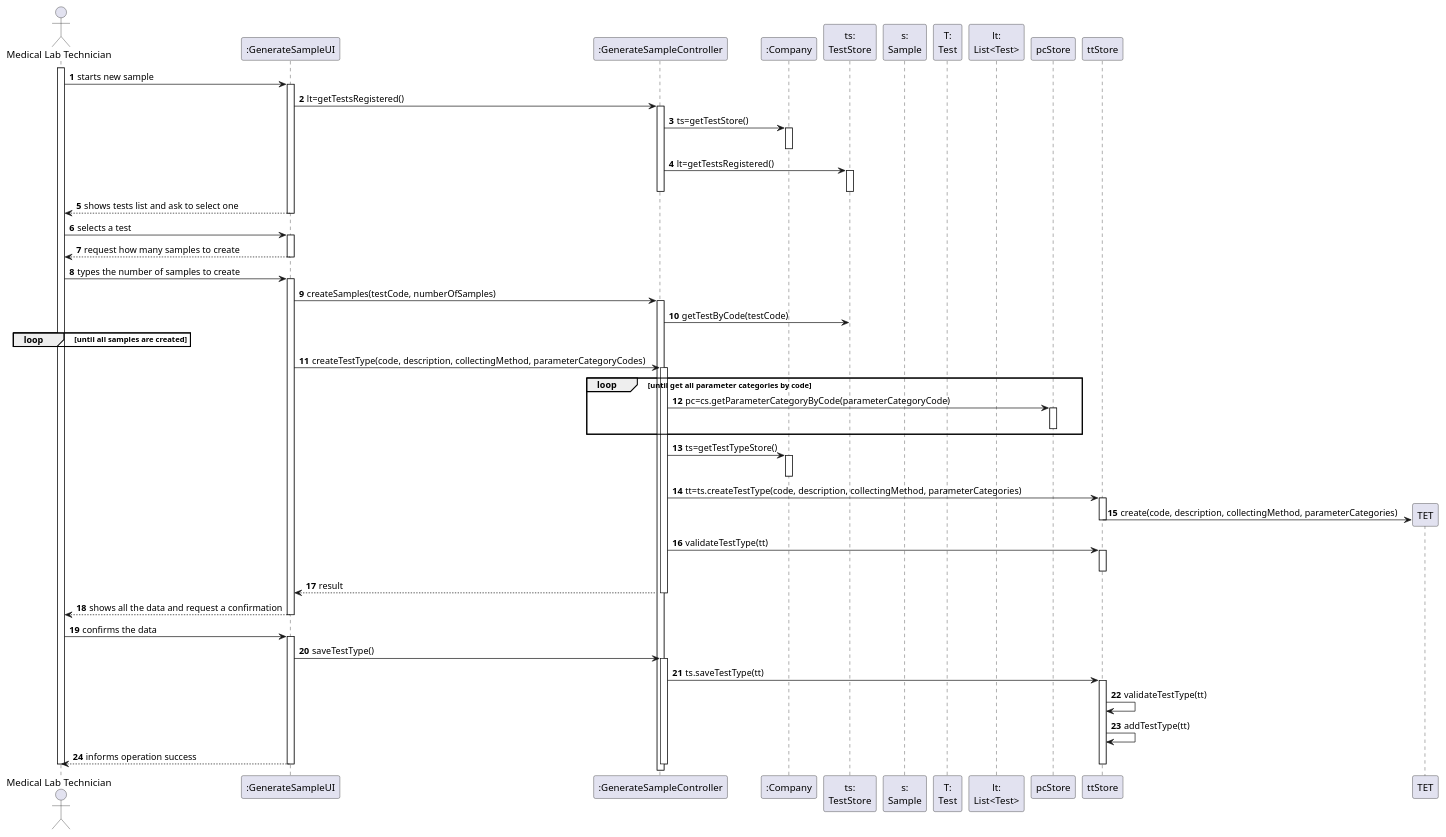
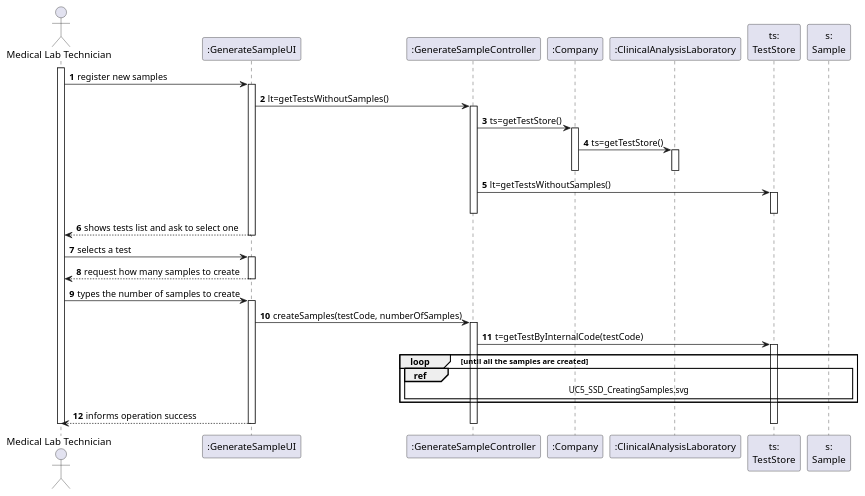
One commit to RuiRioPina/LAPR2-20-21 changed the diagram in docs/SprintC/US_5/UC5_SD.puml. Above: the diagram before and after it, drawn with PlantUML. The commit also changed 4 other files, not shown here.

```diff
--- a/docs/SprintC/US_5/UC5_SD.puml
+++ b/docs/SprintC/US_5/UC5_SD.puml
@@ -1,78 +1,49 @@
 @startuml
 autonumber
 actor "Medical Lab Technician" as MEDLT
 
 participant ":GenerateSampleUI" as UI
 participant ":GenerateSampleController" as CTRL
 participant ":Company" as CMP
+participant ":ClinicalAnalysisLaboratory" as LAB
 participant "ts:\nTestStore" as TS
 participant "s:\nSample" as S
-participant "T:\nTest" as T
-participant "lt:\nList<Test>" as LT
 
 activate MEDLT
-MEDLT -> UI : starts new sample
+MEDLT -> UI : register new samples
 activate UI
-UI -> CTRL : lt=getTestsRegistered()
+UI -> CTRL : lt=getTestsWithoutSamples()
 activate CTRL
 CTRL -> CMP : ts=getTestStore()
-activate CMP	
+activate CMP
+CMP -> LAB : ts=getTestStore()
+activate LAB
+deactivate LAB
 deactivate CMP
-CTRL -> TS : lt=getTestsRegistered()
+CTRL -> TS : lt=getTestsWithoutSamples()
 activate TS
 deactivate TS
 deactivate CTRL
 UI --> MEDLT : shows tests list and ask to select one
 deactivate UI
 
 MEDLT -> UI : selects a test
 activate UI
 UI --> MEDLT : request how many samples to create
 deactivate UI
 
 MEDLT -> UI : types the number of samples to create
 activate UI
 UI -> CTRL : createSamples(testCode, numberOfSamples)
 activate CTRL
-CTRL -> TS : getTestByCode(testCode)
-loop until all samples are created
-end
-UI -> CTRL : createTestType(code, description, collectingMethod, parameterCategoryCodes)
-activate CTRL
-loop until get all parameter categories by code
-        CTRL -> pcStore : pc=cs.getParameterCategoryByCode(parameterCategoryCode)
-        activate pcStore
-        deactivate pcStore
-end
-CTRL -> CMP : ts=getTestTypeStore()
-activate CMP
-deactivate CMP
-CTRL -> ttStore: tt=ts.createTestType(code, description, collectingMethod, parameterCategories)
-activate ttStore
-ttStore -> TET** : create(code, description, collectingMethod, parameterCategories)
-deactivate ttStore
-CTRL -> ttStore : validateTestType(tt)
-activate ttStore
-deactivate ttStore
-CTRL -->  UI : result
-deactivate ttStore
-deactivate CMP
-deactivate CTRL
-UI --> MEDLT : shows all the data and request a confirmation
-deactivate UI
-
-MEDLT -> UI : confirms the data
-activate UI
-UI -> CTRL : saveTestType()
-activate CTRL
-CTRL -> ttStore : ts.saveTestType(tt)
-activate ttStore
-ttStore -> ttStore : validateTestType(tt)
-ttStore -> ttStore : addTestType(tt)
+CTRL -> TS : t=getTestByInternalCode(testCode)
+activate TS
+loop until all the samples are created
+    ref over CTRL, TS , S: UC5_SSD_CreatingSamples.svg
+end loop
 UI --> MEDLT : informs operation success
-deactivate ttStore
+deactivate TS
 deactivate CTRL
 deactivate UI
-
 deactivate MEDLT
 @enduml
```
